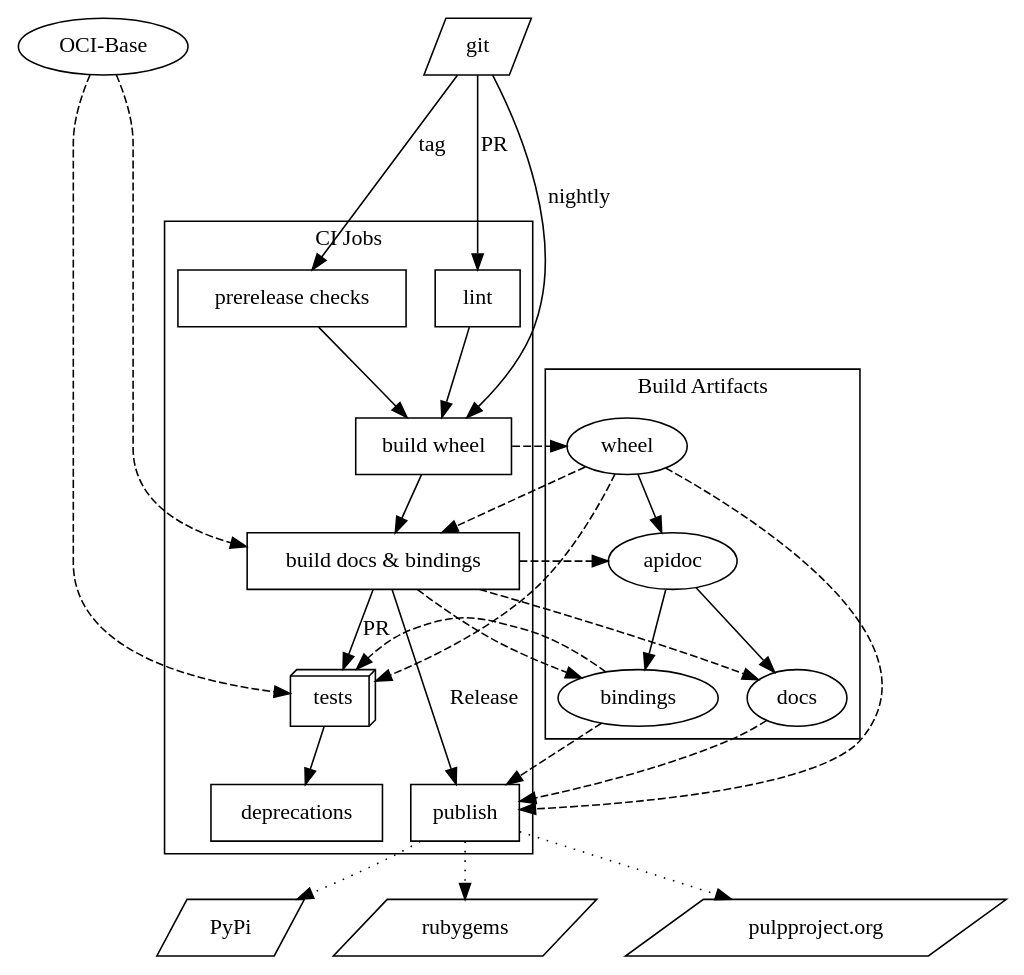
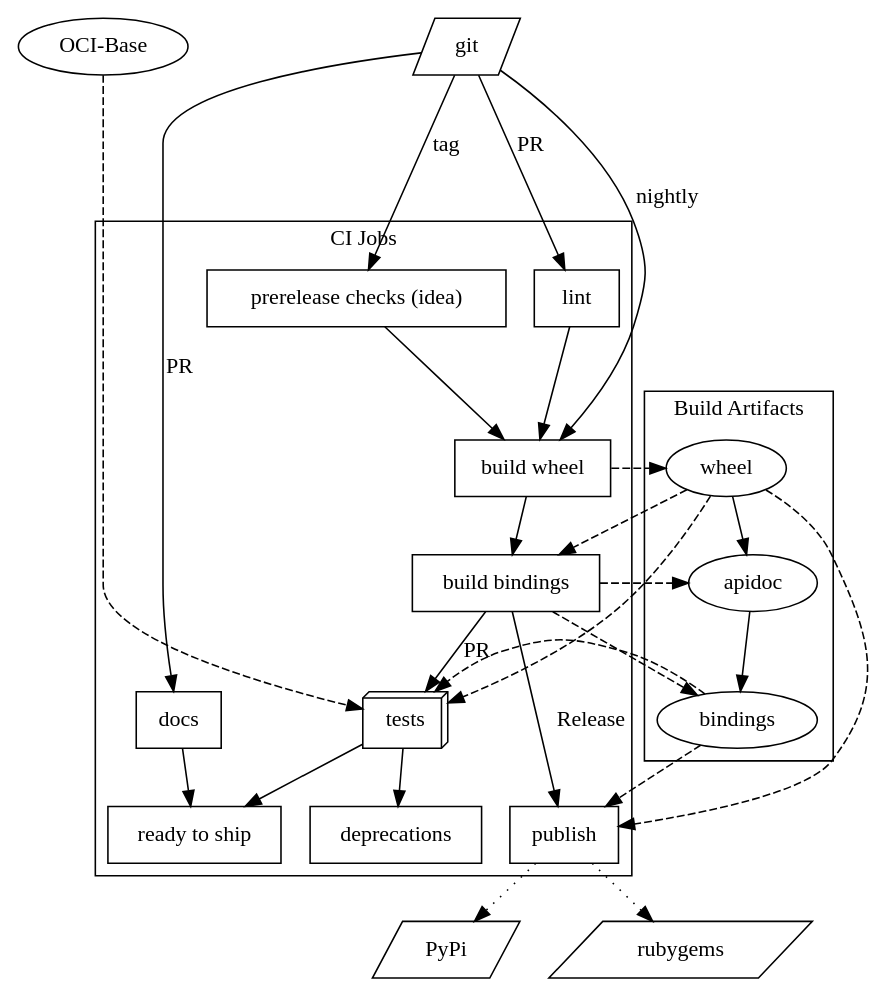
The diagram in ci-structure.dot (pulp/plugin_template), drawn with Graphviz before and after one commit.

```diff
--- a/ci-structure.dot
+++ b/ci-structure.dot
@@ -1,71 +1,69 @@
 // dot -Tpdf -o ci-structure.pdf ci-structure.dot
 
 digraph "Pulp CI" {
   {
     rank=source
 
     git [shape=parallelogram]
     base [label="OCI-Base"]
   }
 
   subgraph cluster_jobs {
     label="CI Jobs"
 
     lint [shape=box]
-    prerelease [shape=box label="prerelease checks"]
+    docs [shape=box]
+    prerelease [shape=box, label="prerelease checks (idea)"]
     build [shape=box, label="build wheel"]
-    build2 [shape=box label="build docs & bindings"]
+    build2 [shape=box, label="build bindings"]
     tests [shape=box3d]
     {
       rank=same
 
       deprecations [shape=box]
       publish [shape=box]
     }
+    ready [shape=box, label="ready to ship"]
   }
 
   {
     rank=sink
 
     PyPi [shape=parallelogram]
     rubygems [shape=parallelogram]
-    ppo [shape=parallelogram label="pulpproject.org"]
   }
 
   subgraph cluster_built {
     label="Build Artifacts"
 
-    wheel -> apidoc -> {
-      bindings
-      docs
-    }
+    wheel -> apidoc -> bindings
   }
 
   git -> lint [label="PR"]
+  git -> docs [label="PR"]
   git -> build [label="nightly"]
   git -> prerelease [label="tag"]
   {lint prerelease} -> build -> build2
   build2 -> tests [label="PR"]
   build2 -> publish [label="Release"]
   tests -> deprecations
+  {tests docs} -> ready
 
   {
     edge [style=dotted]
 
     publish -> PyPi
     publish -> rubygems
-    publish -> ppo
   }
 
   {
     edge [style=dashed]
 
-    base -> {build2 tests}
+    base -> tests
 
     build -> wheel
-    build2 -> {apidoc bindings docs}
+    build2 -> {apidoc bindings}
     wheel -> {tests build2 publish}
     bindings -> {tests publish}
-    docs -> publish
   }
 }
```
